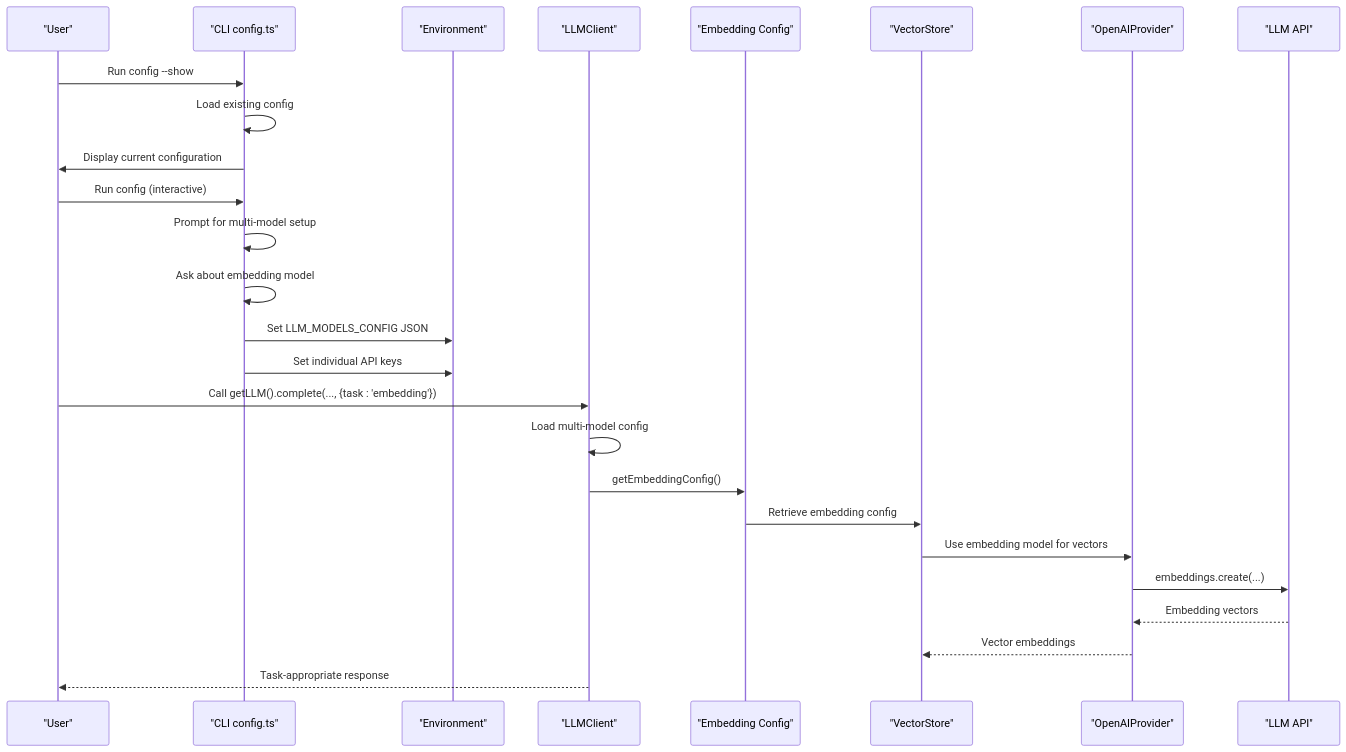
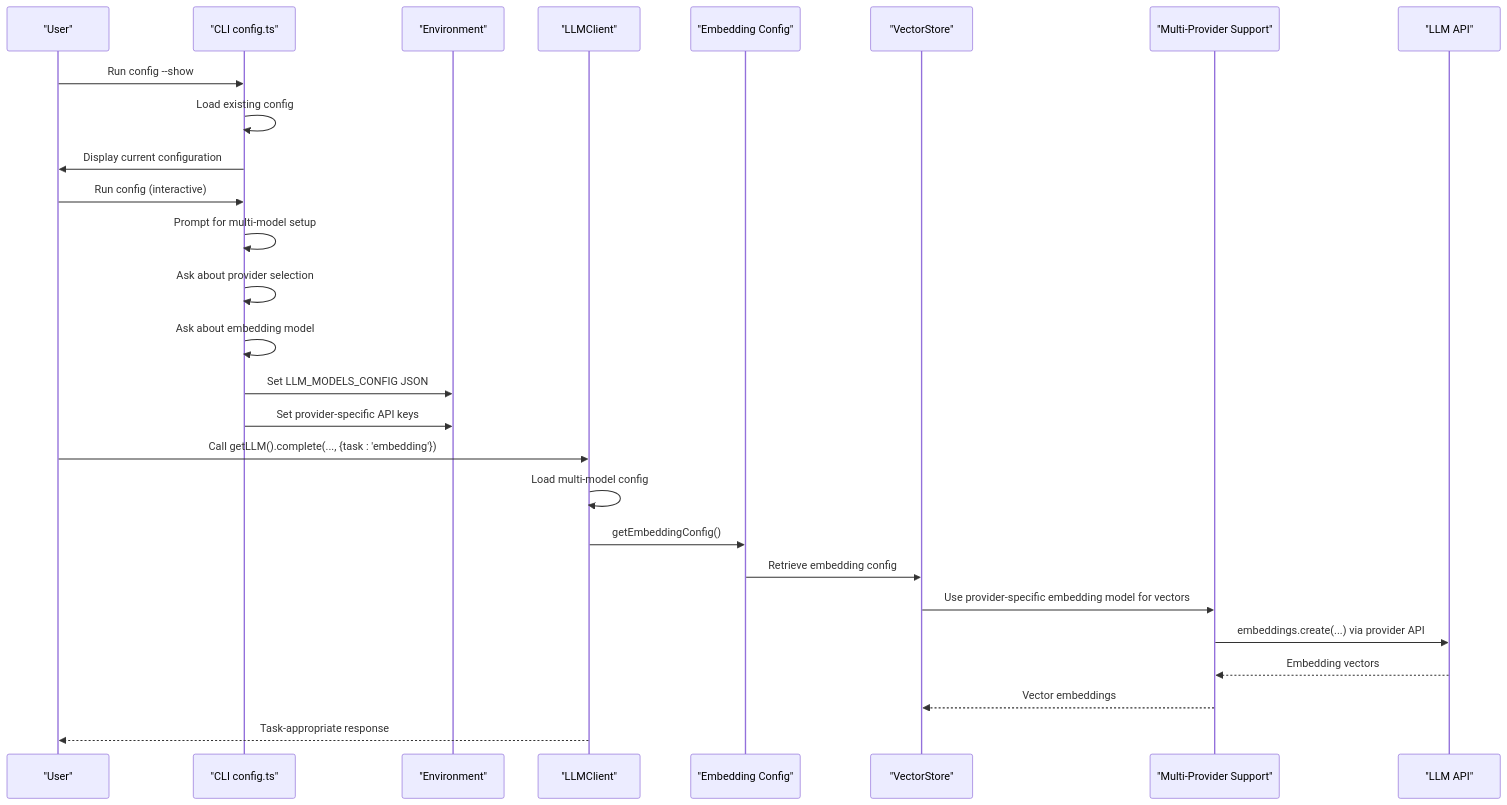
The second of 8 diagrams in .qoder/repowiki/en/content/LLM Integration and Configuration.md (liwonder/NARRITIVE_OS), drawn with Mermaid before and after one commit. The commit also changed other lines of this file and 4 other files, not shown here.

Commit message:
wiki and full flow test case

````diff
--- a/.qoder/repowiki/en/content/LLM Integration and Configuration.md
+++ b/.qoder/repowiki/en/content/LLM Integration and Configuration.md
@@ -162,28 +166,29 @@
 ```mermaid
 sequenceDiagram
 participant User as "User"
 participant CLI as "CLI config.ts"
 participant Env as "Environment"
 participant Engine as "LLMClient"
 participant Embed as "Embedding Config"
 participant Vector as "VectorStore"
-participant Provider as "OpenAIProvider"
+participant Provider as "Multi-Provider Support"
 participant LLM as "LLM API"
 User->>CLI : Run config --show
 CLI->>CLI : Load existing config
 CLI->>User : Display current configuration
 User->>CLI : Run config (interactive)
 CLI->>CLI : Prompt for multi-model setup
+CLI->>CLI : Ask about provider selection
 CLI->>CLI : Ask about embedding model
 CLI->>Env : Set LLM_MODELS_CONFIG JSON
-CLI->>Env : Set individual API keys
+CLI->>Env : Set provider-specific API keys
 User->>Engine : Call getLLM().complete(..., {task : 'embedding'})
 Engine->>Engine : Load multi-model config
 Engine->>Embed : getEmbeddingConfig()
 Embed->>Vector : Retrieve embedding config
-Vector->>Provider : Use embedding model for vectors
-Provider->>LLM : embeddings.create(...)
+Vector->>Provider : Use provider-specific embedding model for vectors
+Provider->>LLM : embeddings.create(...) via provider API
 LLM-->>Provider : Embedding vectors
 Provider-->>Vector : Vector embeddings
 Engine-->>User : Task-appropriate response
 ```
````
